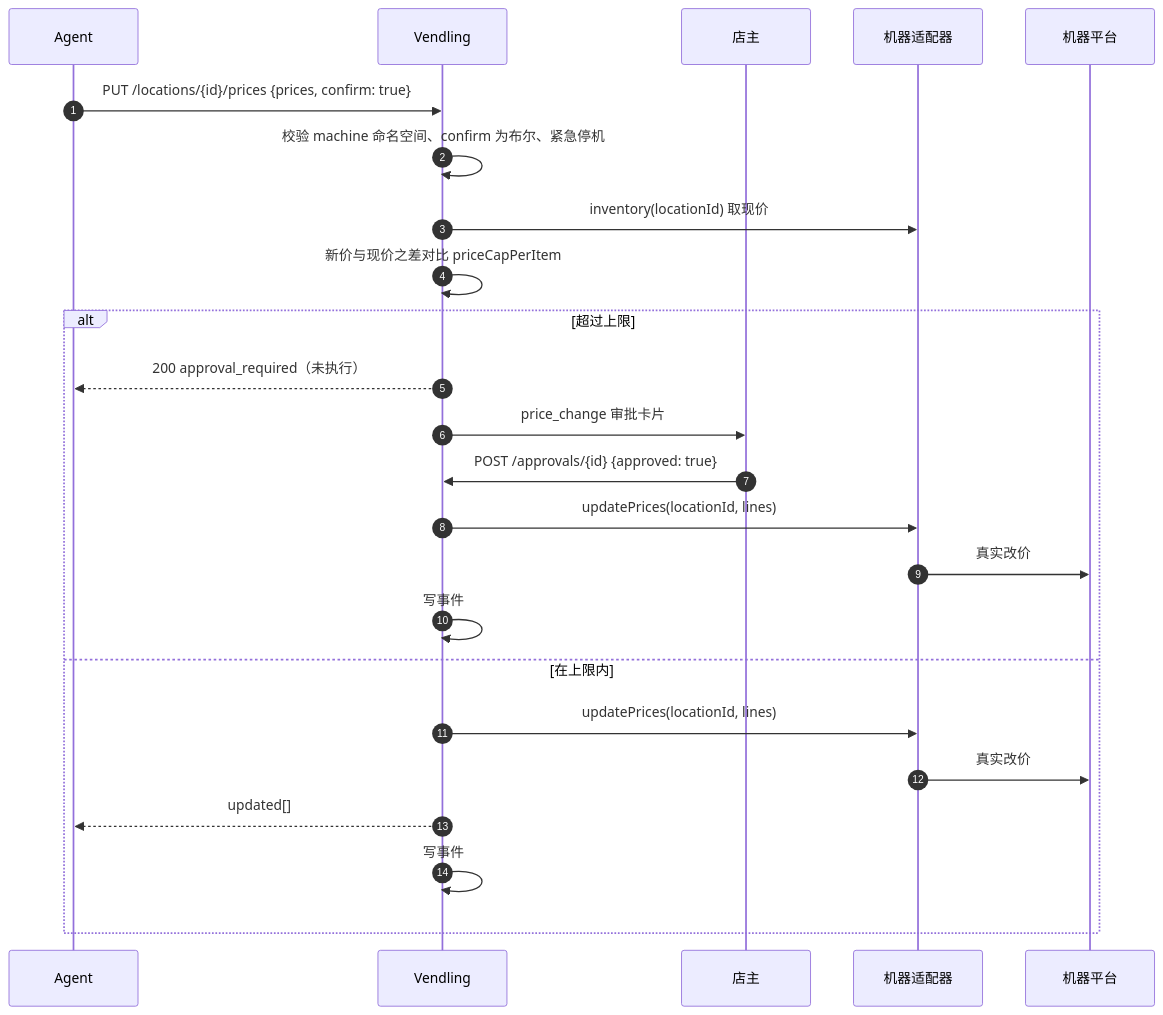
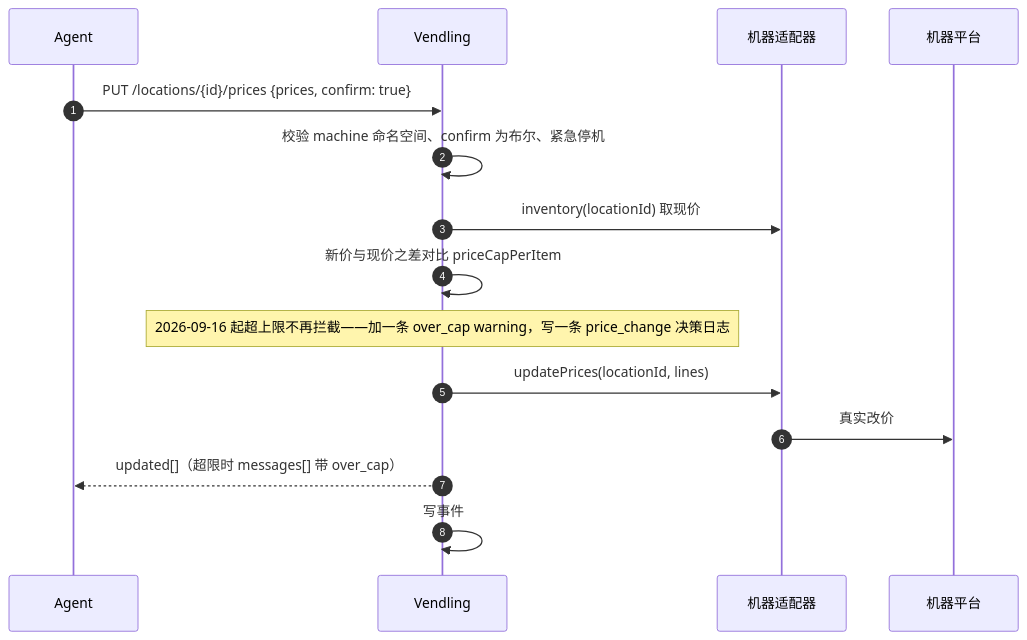
Before and after one commit to fxp/vendling-api: the fourth of 6 diagrams in spec/commerce-api.md, drawn with Mermaid. The commit also changed other lines of this file and 6 other files, not shown here.

````diff
--- a/spec/commerce-api.md
+++ b/spec/commerce-api.md
@@ -1338,26 +1333,17 @@
 ```mermaid
 sequenceDiagram
   autonumber
   participant A as Agent
   participant V as Vendling
-  participant O as 店主
   participant M as 机器适配器
   participant P as 机器平台
   A->>V: PUT /locations/{id}/prices {prices, confirm: true}
   V->>V: 校验 machine 命名空间、confirm 为布尔、紧急停机
   V->>M: inventory(locationId) 取现价
   V->>V: 新价与现价之差对比 priceCapPerItem
-  alt 超过上限
-    V-->>A: 200 approval_required（未执行）
-    V->>O: price_change 审批卡片
-    O->>V: POST /approvals/{id} {approved: true}
-    V->>M: updatePrices(locationId, lines)
-    M->>P: 真实改价
-    V->>V: 写事件
-  else 在上限内
-    V->>M: updatePrices(locationId, lines)
-    M->>P: 真实改价
-    V-->>A: updated[]
-    V->>V: 写事件
-  end
+  Note over V: 2026-09-16 起超上限不再拦截——加一条 over_cap warning，写一条 price_change 决策日志
+  V->>M: updatePrices(locationId, lines)
+  M->>P: 真实改价
+  V-->>A: updated[]（超限时 messages[] 带 over_cap）
+  V->>V: 写事件
 ```
````
